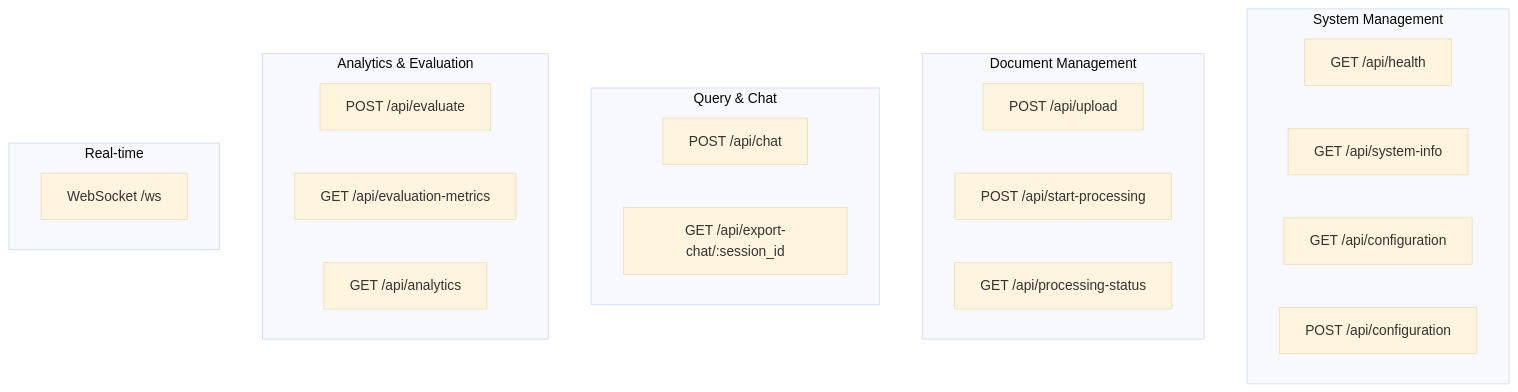
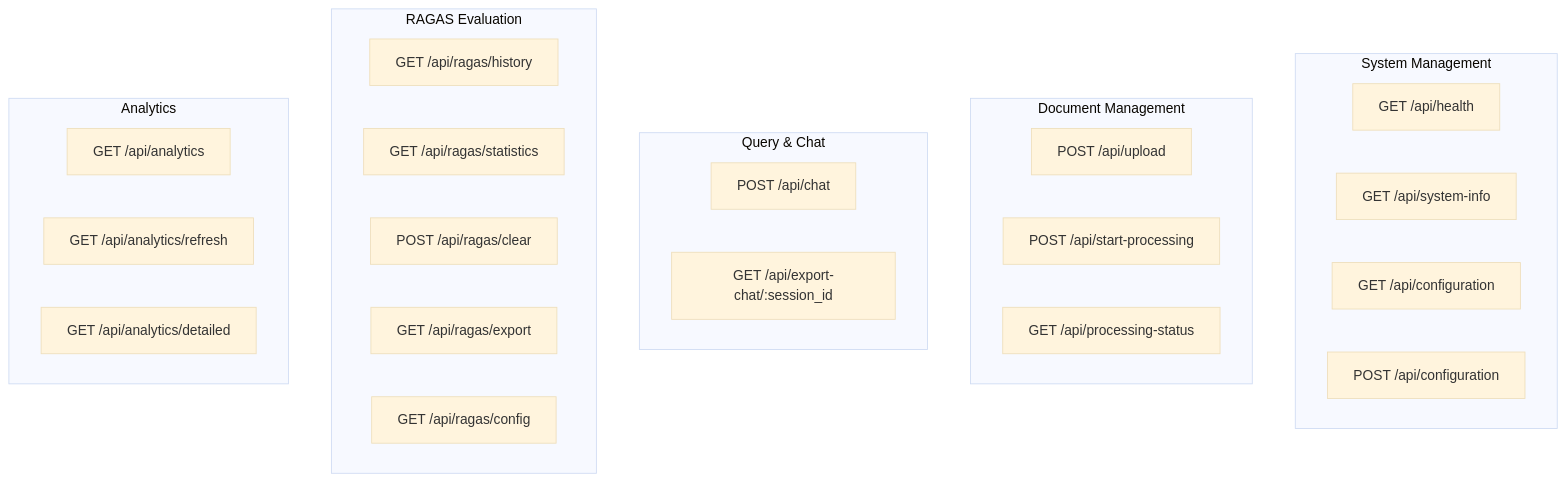
One commit to satyaki-mitra/docu-vault-ai changed diagram 11 of 12 in docs/ARCHITECTURE.md. Above: the diagram before and after it, drawn with Mermaid (base theme). The commit also changed other lines of this file and 1 other file, not shown here.

````diff
--- a/docs/ARCHITECTURE.md
+++ b/docs/ARCHITECTURE.md
@@ -497,30 +555,34 @@
 ```mermaid
 graph TB
     subgraph "System Management"
         A[GET /api/health]
         B[GET /api/system-info]
         C[GET /api/configuration]
         D[POST /api/configuration]
     end
     
     subgraph "Document Management"
         E[POST /api/upload]
         F[POST /api/start-processing]
         G[GET /api/processing-status]
     end
     
     subgraph "Query & Chat"
         H[POST /api/chat]
         I[GET /api/export-chat/:session_id]
     end
     
-    subgraph "Analytics & Evaluation"
-        J[POST /api/evaluate]
-        K[GET /api/evaluation-metrics]
-        L[GET /api/analytics]
+    subgraph "RAGAS Evaluation"
+        J[GET /api/ragas/history]
+        K[GET /api/ragas/statistics]
+        L[POST /api/ragas/clear]
+        M[GET /api/ragas/export]
+        N[GET /api/ragas/config]
     end
     
-    subgraph "Real-time"
-        M[WebSocket /ws]
+    subgraph "Analytics"
+        O[GET /api/analytics]
+        P[GET /api/analytics/refresh]
+        Q[GET /api/analytics/detailed]
     end
 ```
````
